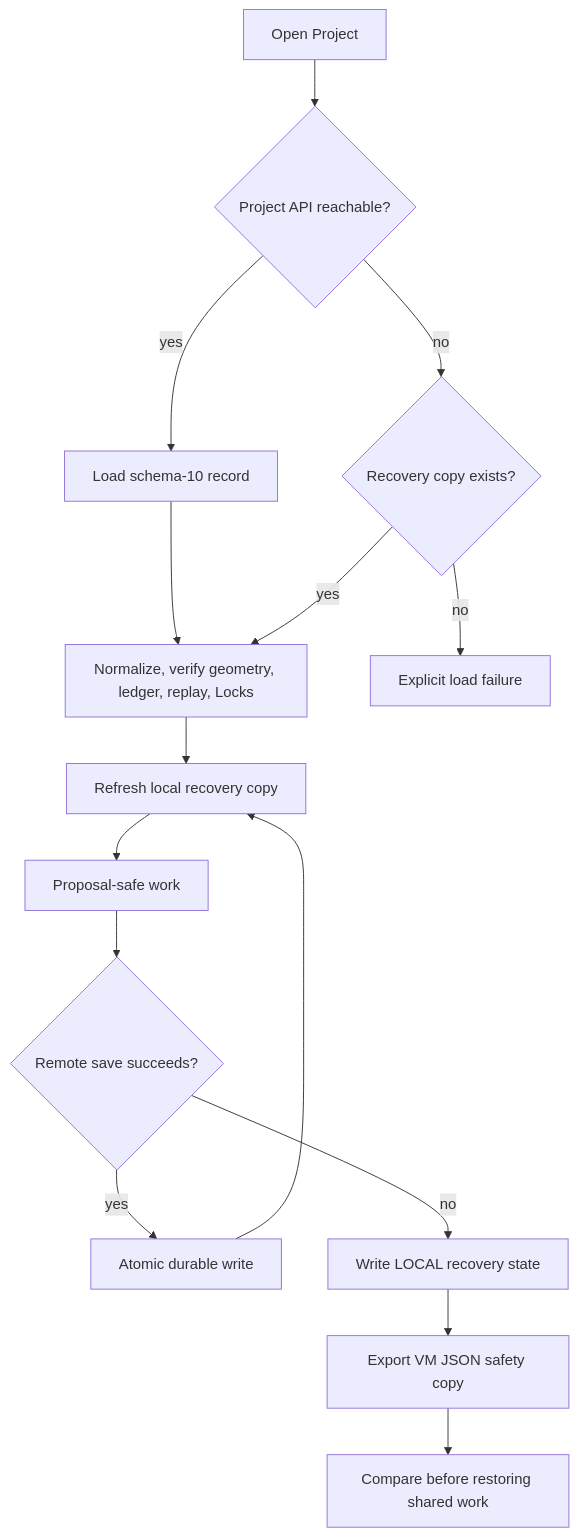
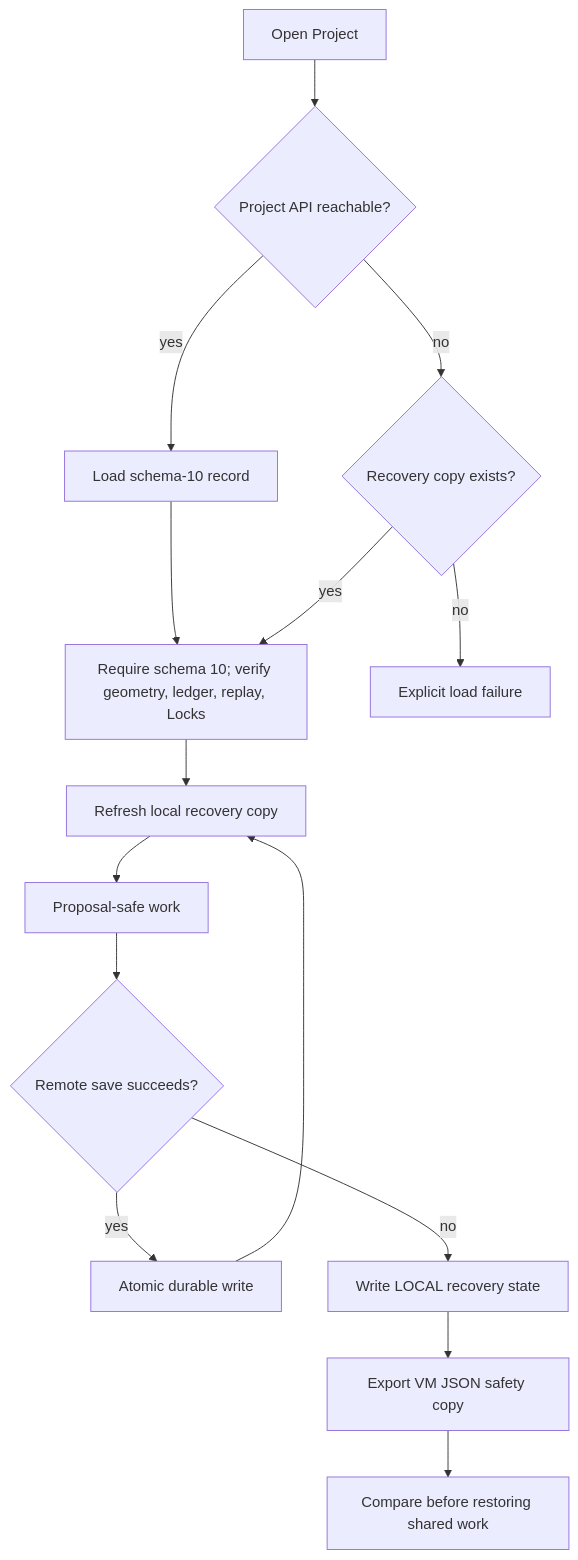
The diagram in docs/persistence-and-recovery.md (Seyamalam/venue-mind), drawn with Mermaid before and after one commit. The commit also changed other lines of this file and 450 other files, not shown here.

````diff
--- a/docs/persistence-and-recovery.md
+++ b/docs/persistence-and-recovery.md
@@ -7,17 +7,17 @@
 ```mermaid
 flowchart TD
   OPEN[Open Project] --> API{Project API reachable?}
   API -->|yes| REMOTE[Load schema-10 record]
-  REMOTE --> VERIFY[Normalize, verify geometry, ledger, replay, Locks]
+  REMOTE --> VERIFY[Require schema 10; verify geometry, ledger, replay, Locks]
   VERIFY --> CACHE[Refresh local recovery copy]
   API -->|no| LOCAL{Recovery copy exists?}
   LOCAL -->|yes| VERIFY
   LOCAL -->|no| STOP[Explicit load failure]
   CACHE --> EDIT[Proposal-safe work]
   EDIT --> SAVE{Remote save succeeds?}
   SAVE -->|yes| REMOTEWRITE[Atomic durable write]
   REMOTEWRITE --> CACHE
   SAVE -->|no| LOCALWRITE[Write LOCAL recovery state]
   LOCALWRITE --> EXPORT[Export VM JSON safety copy]
   EXPORT --> RECONCILE[Compare before restoring shared work]
 ```
````
